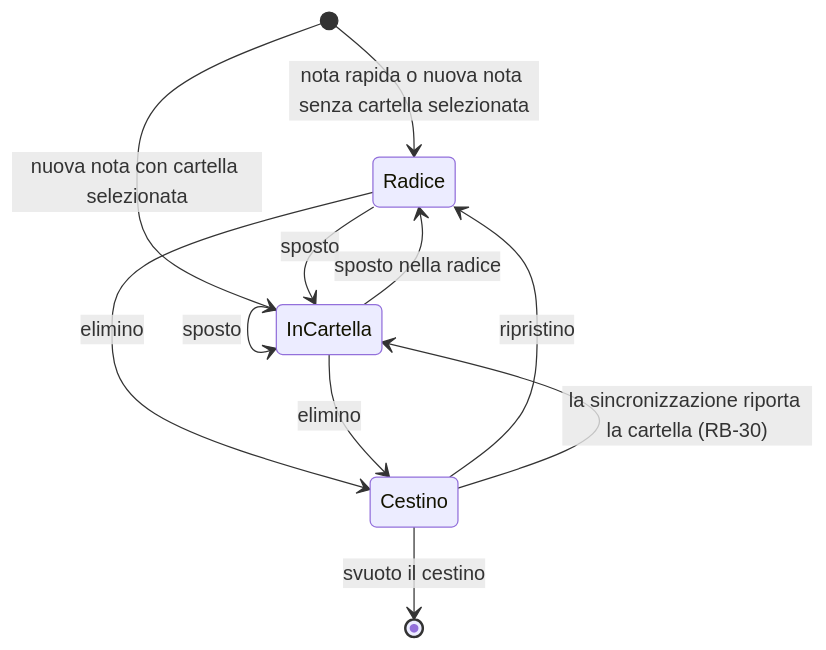
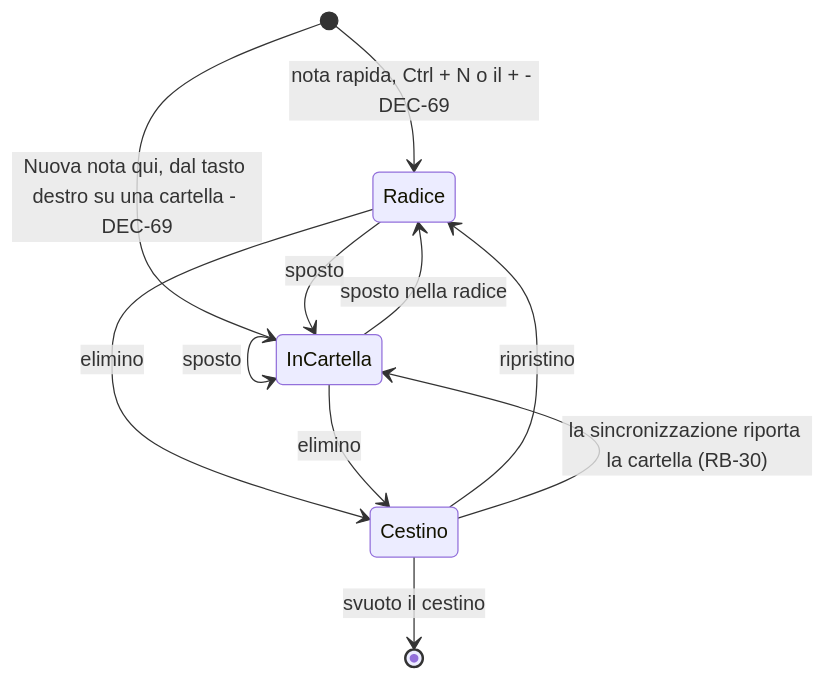
The third of 3 diagrams in docs/moduli/organizzazione/2-flussi.md (Helmutsti/MemoDu), drawn with Mermaid before and after one commit. The commit also changed other lines of this file and 40 other files, not shown here.

````diff
--- a/docs/moduli/organizzazione/2-flussi.md
+++ b/docs/moduli/organizzazione/2-flussi.md
@@ -110,13 +113,13 @@
 ```mermaid
 stateDiagram-v2
-    [*] --> Radice: nota rapida o nuova nota senza cartella selezionata
-    [*] --> InCartella: nuova nota con cartella selezionata
+    [*] --> Radice: nota rapida, Ctrl + N o il + - DEC-69
+    [*] --> InCartella: Nuova nota qui, dal tasto destro su una cartella - DEC-69
     Radice --> InCartella: sposto
     InCartella --> InCartella: sposto
     InCartella --> Radice: sposto nella radice
     Radice --> Cestino: elimino
     InCartella --> Cestino: elimino
     Cestino --> Radice: ripristino
     Cestino --> InCartella: la sincronizzazione riporta la cartella (RB-30)
     Cestino --> [*]: svuoto il cestino
 ```
````
